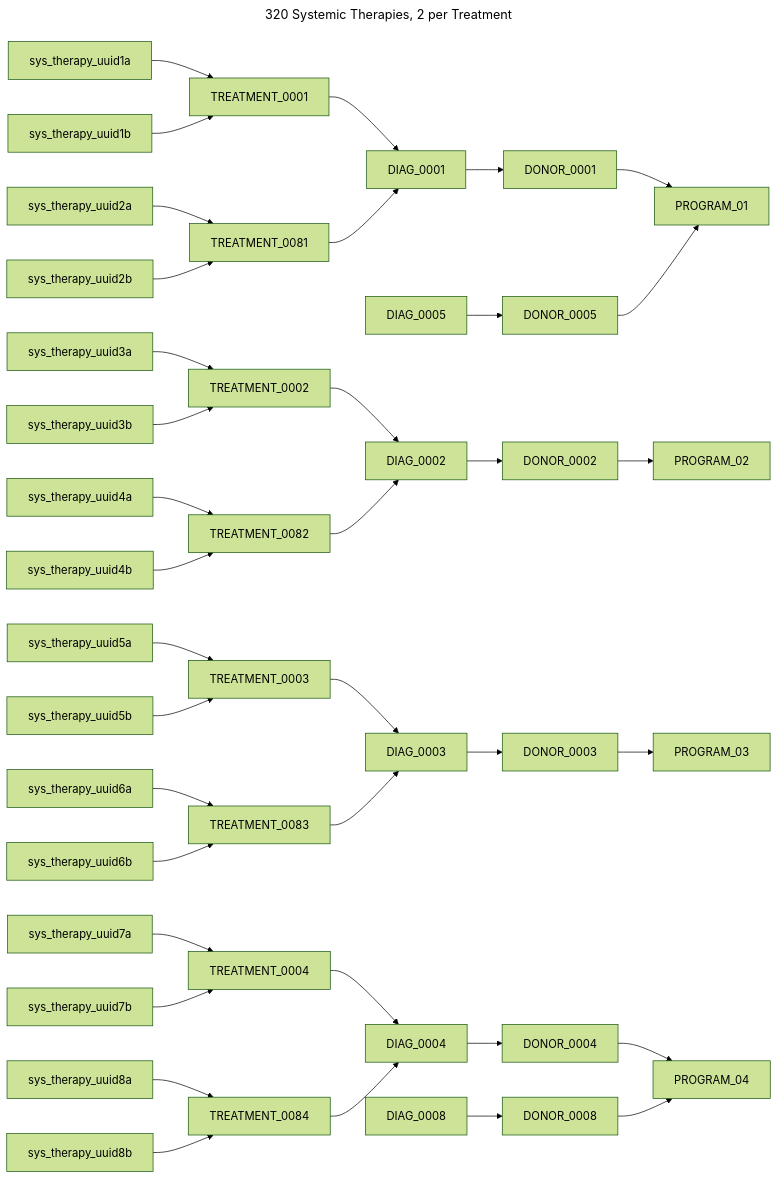
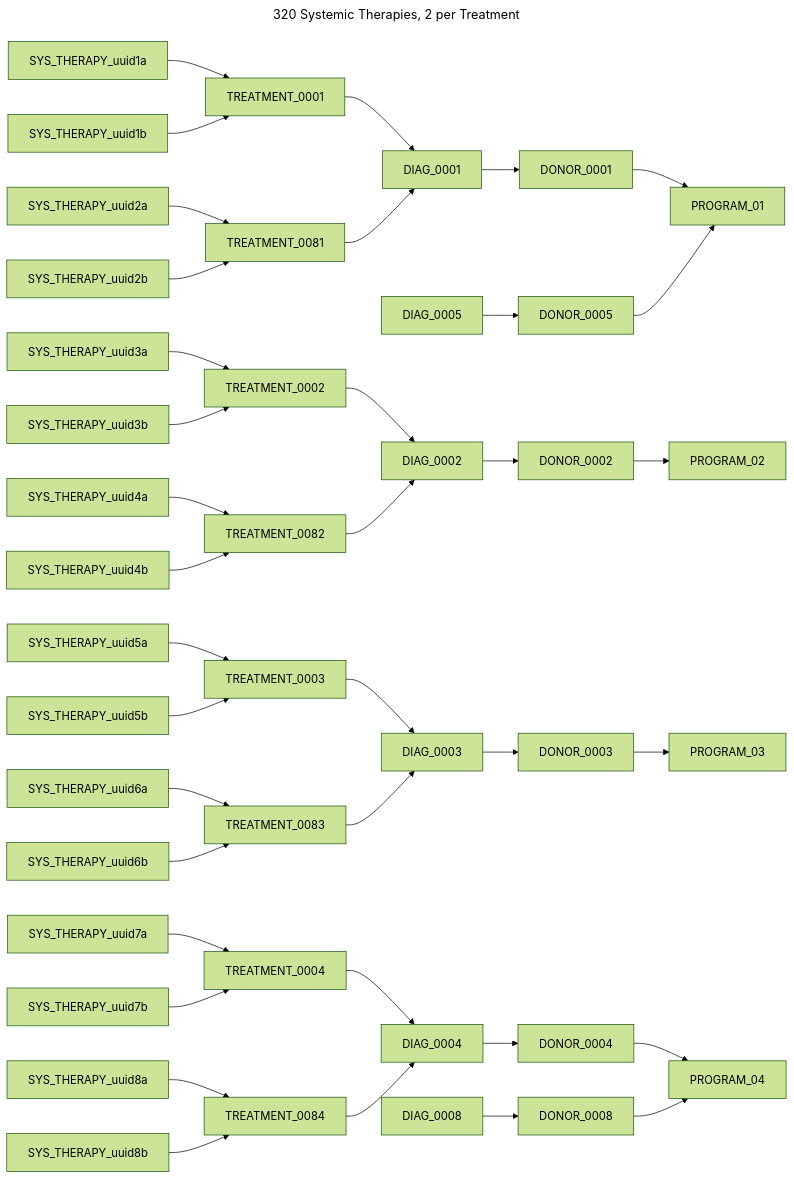
The sixth of 12 diagrams in chord_metadata_service/mohpackets/data/small_dataset/README.md (CanDIG/katsu), drawn with Mermaid (forest theme) before and after one commit. The commit also changed other lines of this file, not shown here.

Commit message:
graph updates

````diff
--- a/chord_metadata_service/mohpackets/data/small_dataset/README.md
+++ b/chord_metadata_service/mohpackets/data/small_dataset/README.md
@@ -120,36 +132,36 @@
 ```mermaid
 ---
 title: 320 Systemic Therapies, 2 per Treatment
 ---
 graph LR;  
   DIAG_0001 --> DONOR_0001 --> PROGRAM_01;  
   DIAG_0005 --> DONOR_0005 --> PROGRAM_01;  
   DIAG_0002 --> DONOR_0002 --> PROGRAM_02;  
   DIAG_0003 --> DONOR_0003 --> PROGRAM_03;  
   DIAG_0004 --> DONOR_0004 --> PROGRAM_04;
   DIAG_0008 --> DONOR_0008 --> PROGRAM_04;
   TREATMENT_0001 --> DIAG_0001;
   TREATMENT_0081 --> DIAG_0001;  
   TREATMENT_0002 --> DIAG_0002; 
   TREATMENT_0082 --> DIAG_0002;  
   TREATMENT_0003 --> DIAG_0003; 
   TREATMENT_0083 --> DIAG_0003; 
   TREATMENT_0004 --> DIAG_0004; 
   TREATMENT_0084 --> DIAG_0004; 
-  sys_therapy_uuid1a --> TREATMENT_0001;
-  sys_therapy_uuid1b --> TREATMENT_0001;
-  sys_therapy_uuid2a --> TREATMENT_0081;
-  sys_therapy_uuid2b --> TREATMENT_0081;  
-  sys_therapy_uuid3a --> TREATMENT_0002; 
-  sys_therapy_uuid3b --> TREATMENT_0002; 
-  sys_therapy_uuid4a --> TREATMENT_0082;  
-  sys_therapy_uuid4b --> TREATMENT_0082;  
-  sys_therapy_uuid5a --> TREATMENT_0003; 
-  sys_therapy_uuid5b --> TREATMENT_0003; 
-  sys_therapy_uuid6a --> TREATMENT_0083; 
-  sys_therapy_uuid6b --> TREATMENT_0083; 
-  sys_therapy_uuid7a --> TREATMENT_0004; 
-  sys_therapy_uuid7b --> TREATMENT_0004; 
-  sys_therapy_uuid8a --> TREATMENT_0084;
-  sys_therapy_uuid8b --> TREATMENT_0084;  
+  SYS_THERAPY_uuid1a --> TREATMENT_0001;
+  SYS_THERAPY_uuid1b --> TREATMENT_0001;
+  SYS_THERAPY_uuid2a --> TREATMENT_0081;
+  SYS_THERAPY_uuid2b --> TREATMENT_0081;  
+  SYS_THERAPY_uuid3a --> TREATMENT_0002; 
+  SYS_THERAPY_uuid3b --> TREATMENT_0002; 
+  SYS_THERAPY_uuid4a --> TREATMENT_0082;  
+  SYS_THERAPY_uuid4b --> TREATMENT_0082;  
+  SYS_THERAPY_uuid5a --> TREATMENT_0003; 
+  SYS_THERAPY_uuid5b --> TREATMENT_0003; 
+  SYS_THERAPY_uuid6a --> TREATMENT_0083; 
+  SYS_THERAPY_uuid6b --> TREATMENT_0083; 
+  SYS_THERAPY_uuid7a --> TREATMENT_0004; 
+  SYS_THERAPY_uuid7b --> TREATMENT_0004; 
+  SYS_THERAPY_uuid8a --> TREATMENT_0084;
+  SYS_THERAPY_uuid8b --> TREATMENT_0084;  
 ```
````
